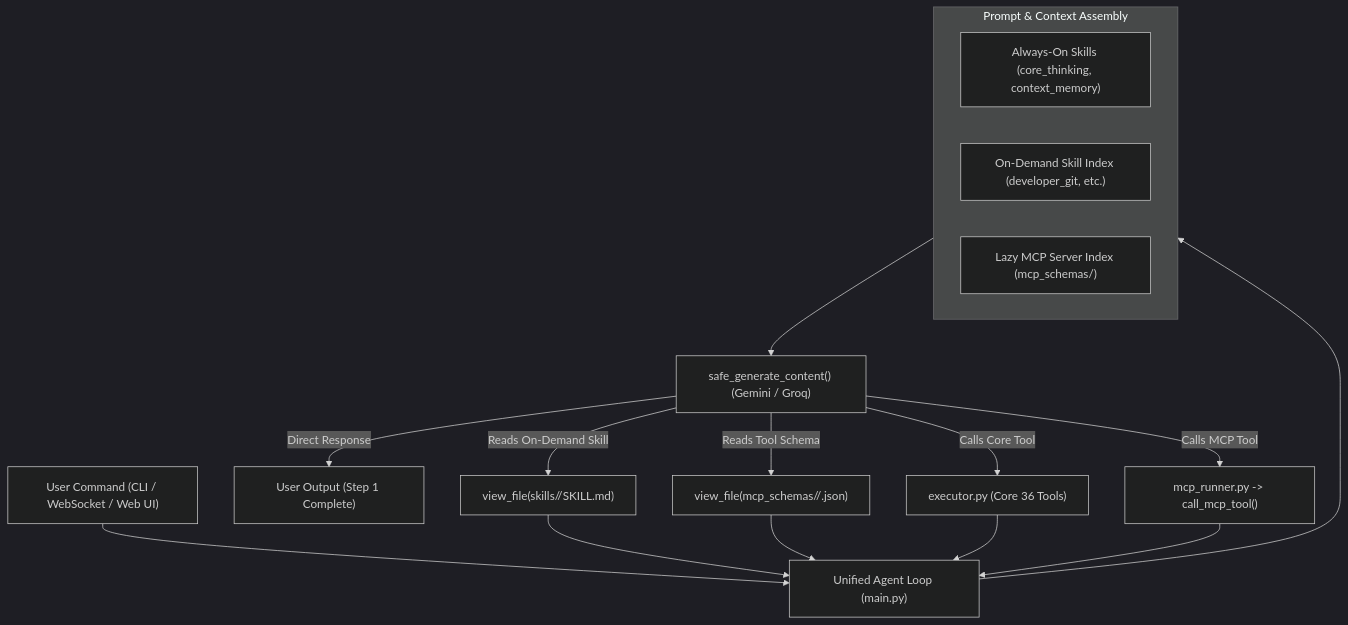
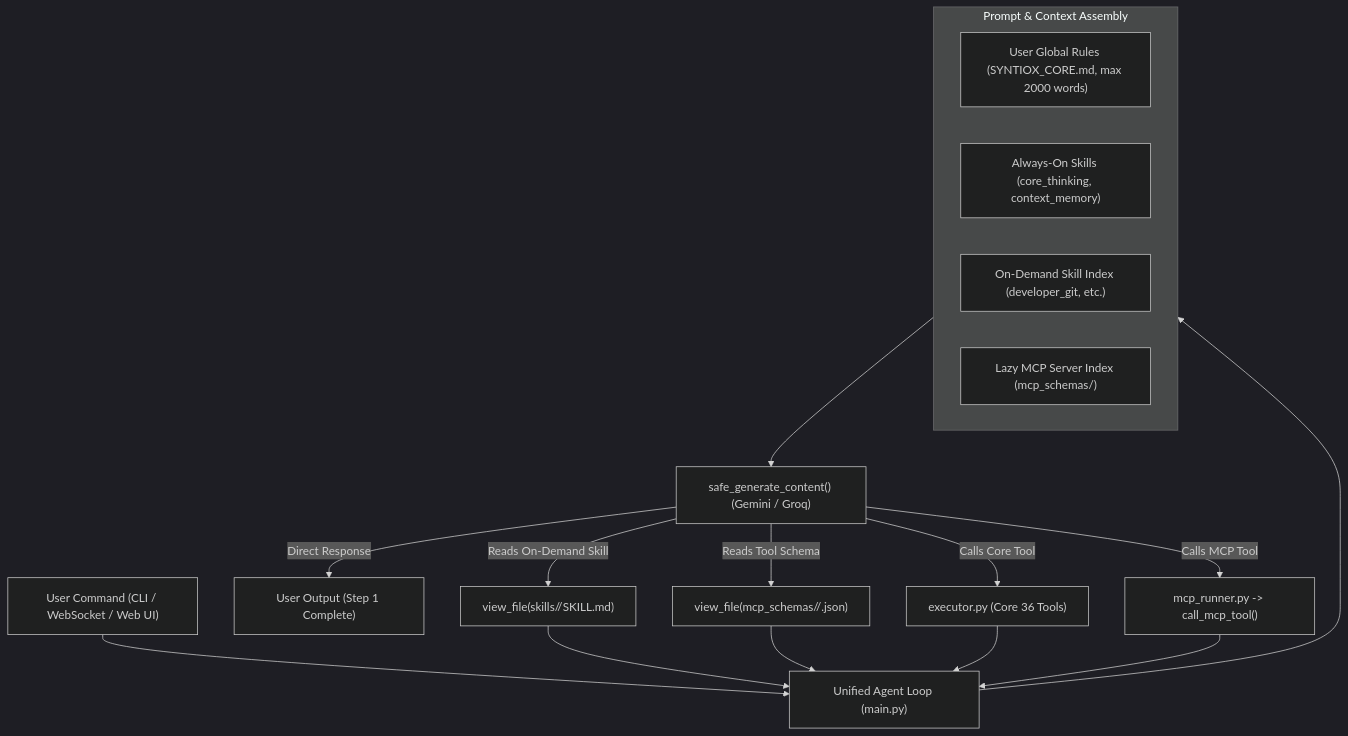
The diagram in docs/architecture/README.md (sh4lu-z/Syntiox-CORE), drawn with Mermaid (dark theme) before and after one commit. The commit also changed other lines of this file and 57 other files, not shown here.

````diff
--- a/docs/architecture/README.md
+++ b/docs/architecture/README.md
@@ -14,24 +14,25 @@
 ```mermaid
 flowchart TD
     UserMsg["User Command (CLI / WebSocket / Web UI)"] --> AgentLoop["Unified Agent Loop (main.py)"]
     
     subgraph Context["Prompt & Context Assembly"]
+        GlobalRules["User Global Rules (SYNTIOX_CORE.md, max 2000 words)"]
         AlwaysSkills["Always-On Skills (core_thinking, context_memory)"]
         OnDemandSkills["On-Demand Skill Index (developer_git, etc.)"]
         MCPIndex["Lazy MCP Server Index (mcp_schemas/)"]
     end
 
     AgentLoop --> Context
     Context --> LLM["safe_generate_content() (Gemini / Groq)"]
     
     LLM -->|Direct Response| Output["User Output (Step 1 Complete)"]
     LLM -->|Reads On-Demand Skill| ViewSkill["view_file(skills/<id>/SKILL.md)"]
     LLM -->|Reads Tool Schema| ViewSchema["view_file(mcp_schemas/<server>/<tool>.json)"]
     LLM -->|Calls Core Tool| ExecCore["executor.py (Core 36 Tools)"]
     LLM -->|Calls MCP Tool| ExecMCP["mcp_runner.py -> call_mcp_tool()"]
     
     ViewSkill --> AgentLoop
     ViewSchema --> AgentLoop
     ExecCore --> AgentLoop
     ExecMCP --> AgentLoop
 ```
````
